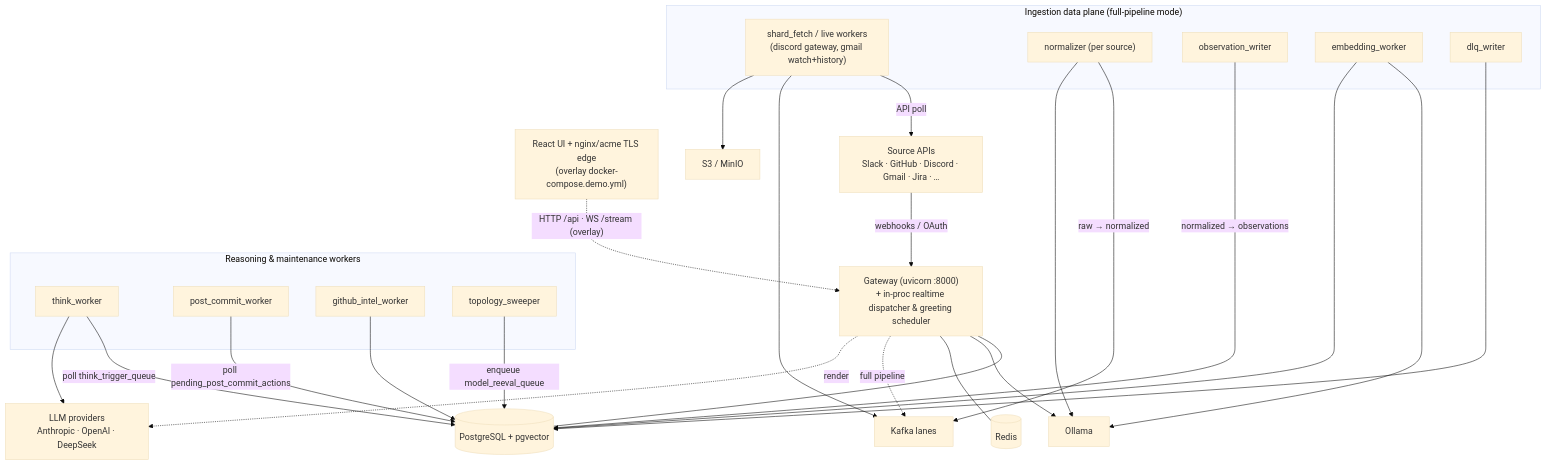
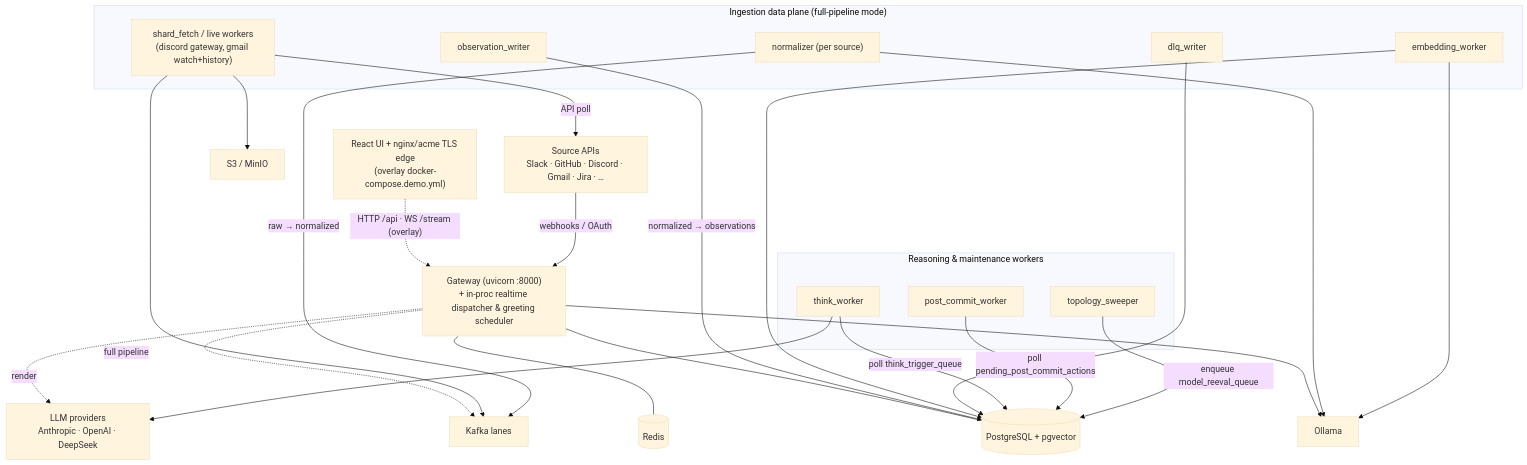
Before and after one commit to Fyralisinc/fyraliscore: the diagram in docs/architecture/data-plane.md, drawn with Mermaid (base theme). The commit also changed other lines of this file and 53 other files, not shown here.

````diff
--- a/docs/architecture/data-plane.md
+++ b/docs/architecture/data-plane.md
@@ -40,52 +40,50 @@
 ```mermaid
 graph TD
     UI["React UI + nginx/acme TLS edge<br/>(overlay docker-compose.demo.yml)"]
     GW["Gateway (uvicorn :8000)<br/>+ in-proc realtime dispatcher & greeting scheduler"]
 
     subgraph ingrestore["Ingestion data plane (full-pipeline mode)"]
       FETCH["shard_fetch / live workers<br/>(discord gateway, gmail watch+history)"]
       NORM["normalizer (per source)"]
       OW["observation_writer"]
       EW["embedding_worker"]
       DLQ["dlq_writer"]
     end
 
     subgraph reasoning["Reasoning & maintenance workers"]
       THINK["think_worker"]
       PCW["post_commit_worker"]
-      GHI["github_intel_worker"]
       SWEEP["topology_sweeper"]
     end
 
     PG[("PostgreSQL + pgvector")]
     OLLAMA["Ollama"]
     REDIS[("Redis")]
     KAFKA["Kafka lanes"]
     S3["S3 / MinIO"]
     EXT["Source APIs<br/>Slack · GitHub · Discord · Gmail · Jira · …"]
     LLM["LLM providers<br/>Anthropic · OpenAI · DeepSeek"]
 
     UI -. "HTTP /api · WS /stream (overlay)" .-> GW
     EXT -->|"webhooks / OAuth"| GW
     GW --- PG
     GW --> OLLAMA
     GW --- REDIS
     GW -. "full pipeline" .-> KAFKA
     GW -. "render" .-> LLM
 
     FETCH -->|"API poll"| EXT
     FETCH --> KAFKA
     FETCH --> S3
     NORM -->|"raw → normalized"| KAFKA
     NORM --> OLLAMA
     OW -->|"normalized → observations"| PG
     EW --> OLLAMA
     EW --> PG
     DLQ --> PG
 
     THINK -->|"poll think_trigger_queue"| PG
     THINK --> LLM
     PCW -->|"poll pending_post_commit_actions"| PG
-    GHI --> PG
     SWEEP -->|"enqueue model_reeval_queue"| PG
 ```
````
